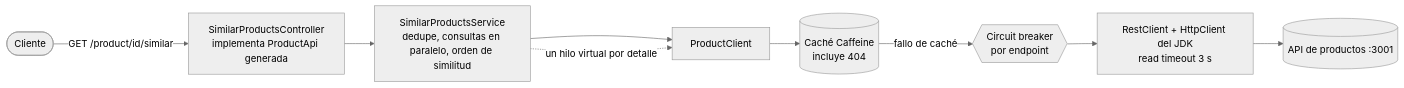
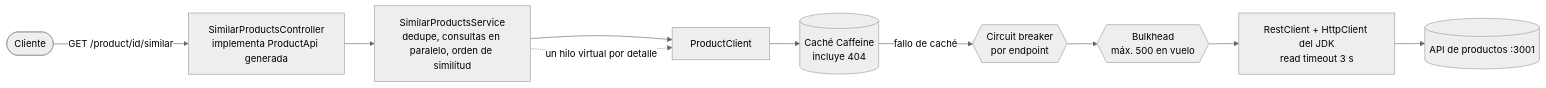
Before and after one commit to kintstoner/similar-products-api: the diagram in README.es.md, drawn with Mermaid (neutral theme). The commit also changed other lines of this file and 12 other files, not shown here.

````diff
--- a/README.es.md
+++ b/README.es.md
@@ -39,11 +42,12 @@
 ```mermaid
 flowchart LR
     client([Cliente]) -->|GET /product/id/similar| controller[SimilarProductsController<br/>implementa ProductApi generada]
     controller --> service[SimilarProductsService<br/>dedupe, consultas en paralelo, orden de similitud]
     service --> client2[ProductClient]
     service -. un hilo virtual por detalle .-> client2
     client2 --> cache[(Caché Caffeine<br/>incluye 404)]
     cache -->|fallo de caché| cb{{Circuit breaker<br/>por endpoint}}
-    cb --> http[RestClient + HttpClient del JDK<br/>read timeout 3 s]
+    cb --> bh{{Bulkhead<br/>máx. 500 en vuelo}}
+    bh --> http[RestClient + HttpClient del JDK<br/>read timeout 3 s]
     http --> upstream[(API de productos :3001)]
 ```
````
